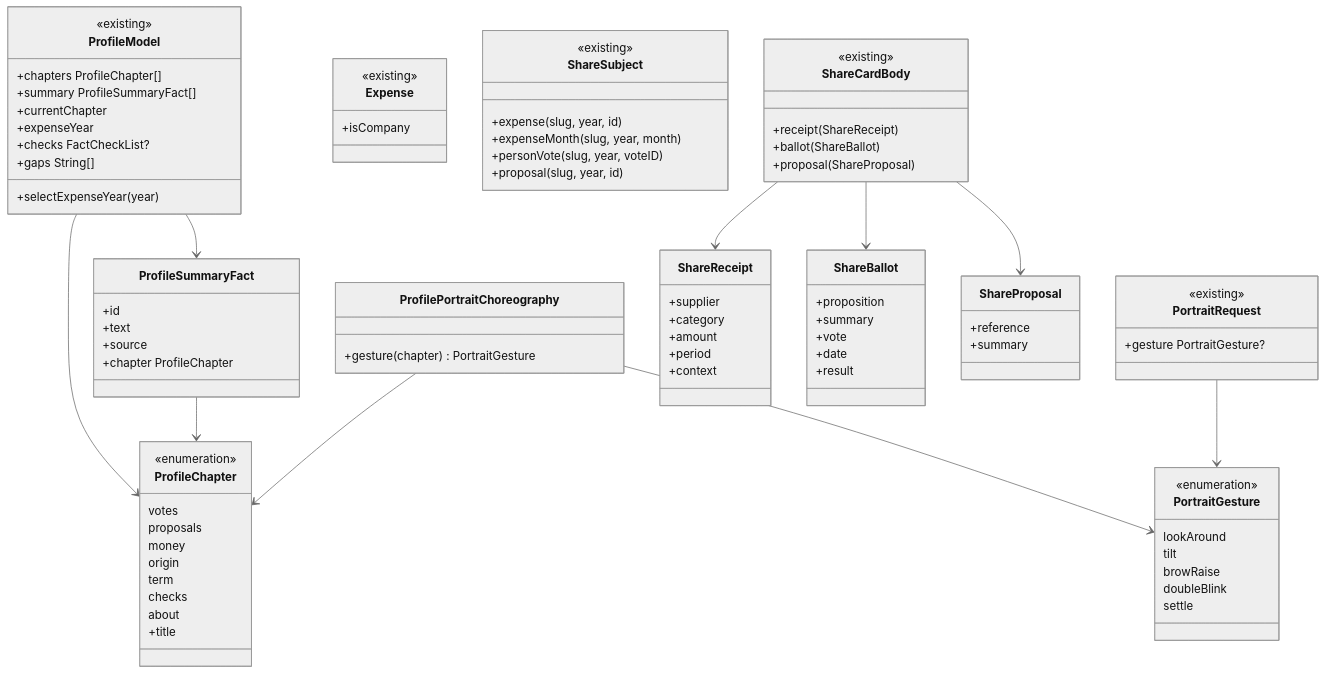
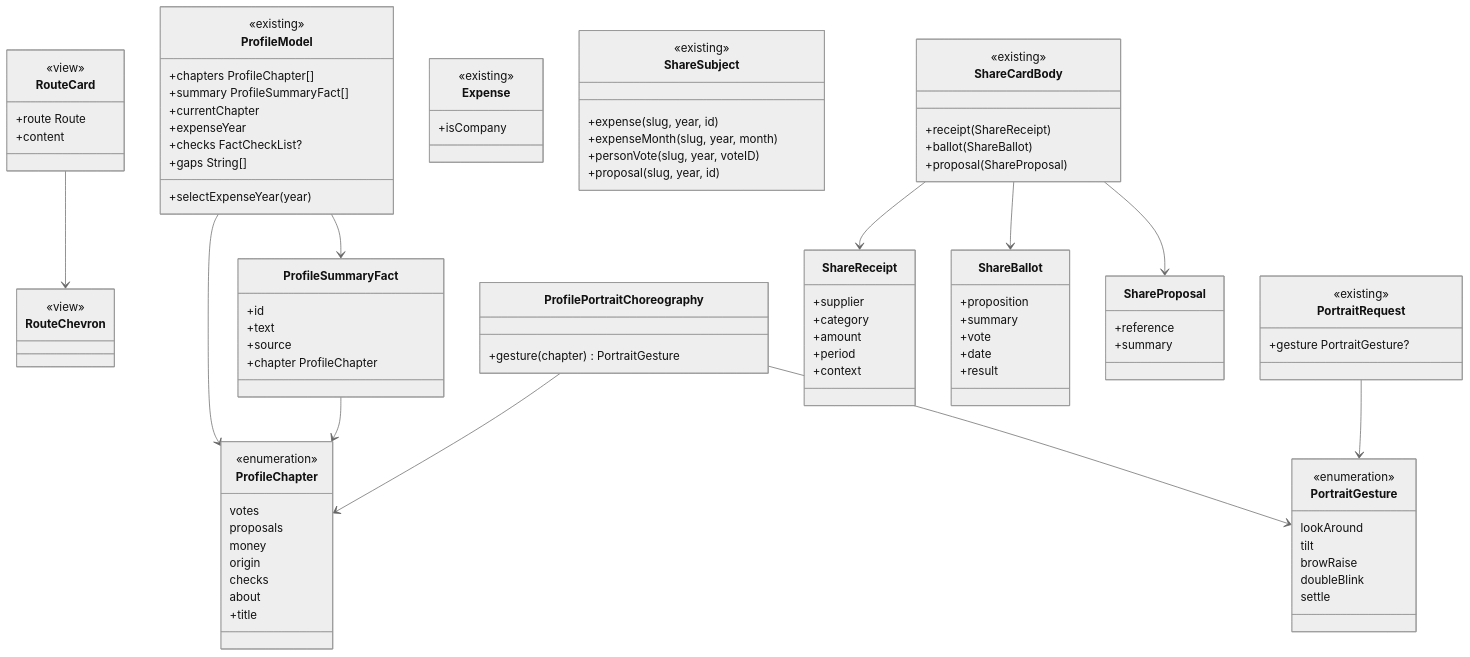
One commit to byescaleira/fiscal changed the diagram in spdd/prompt/FSC-014-202611020300-[Feat]-politician-page-and-share-an-item.md. Above: the diagram before and after it, drawn with Mermaid (neutral theme). The commit also changed other lines of this file and 21 other files, not shown here.

First line of the commit message:
Give each card one main destination with the chevron on the right

```diff
--- a/spdd/prompt/FSC-014-202611020300-[Feat]-politician-page-and-share-an-item.md
+++ b/spdd/prompt/FSC-014-202611020300-[Feat]-politician-page-and-share-an-item.md
@@ -63,10 +72,17 @@
         proposals
         money
         origin
-        term
         checks
         about
         +title
+    }
+    class RouteChevron {
+        <<view>>
+    }
+    class RouteCard {
+        <<view>>
+        +route Route
+        +content
     }
     class ProfileSummaryFact {
         +id
@@ -134,6 +150,7 @@
         +reference
         +summary
     }
+    RouteCard --> RouteChevron
     ProfileModel --> ProfileChapter
     ProfileModel --> ProfileSummaryFact
     ProfileSummaryFact --> ProfileChapter
```
